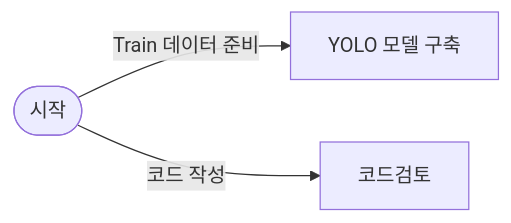
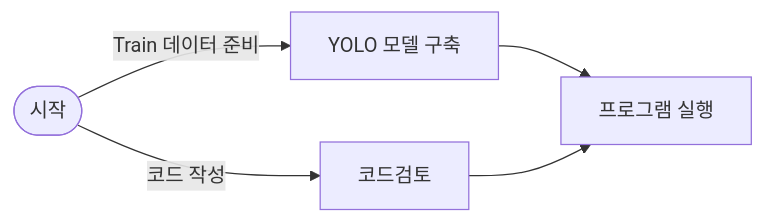
One commit to gamdumdum/my-project changed the first of 2 diagrams in README.md. Above: the diagram before and after it, drawn with Mermaid.

````diff
--- a/README.md
+++ b/README.md
@@ -2,7 +2,13 @@
 ```mermaid
 flowchart LR
     시작([시작])
     시작 -->|Train 데이터 준비| Yolo[YOLO 모델 구축]
     시작 -->|코드 작성| 코드검토[코드검토]
 
+
+
+
+    Yolo --> 실행[프로그램 실행]
+    코드검토 --> 실행[프로그램 실행]
+    
 ```
````
